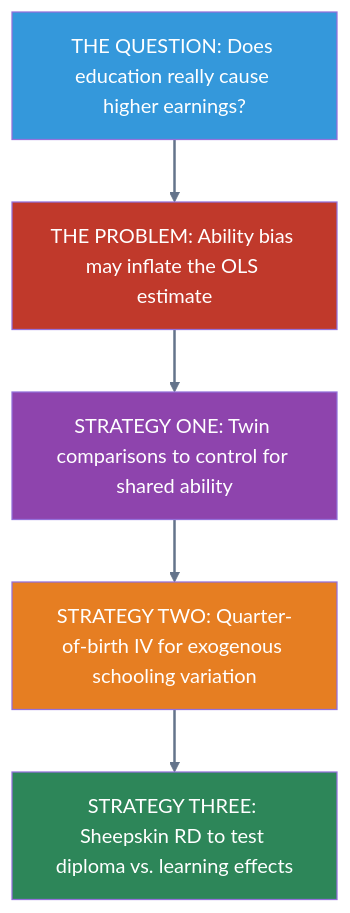
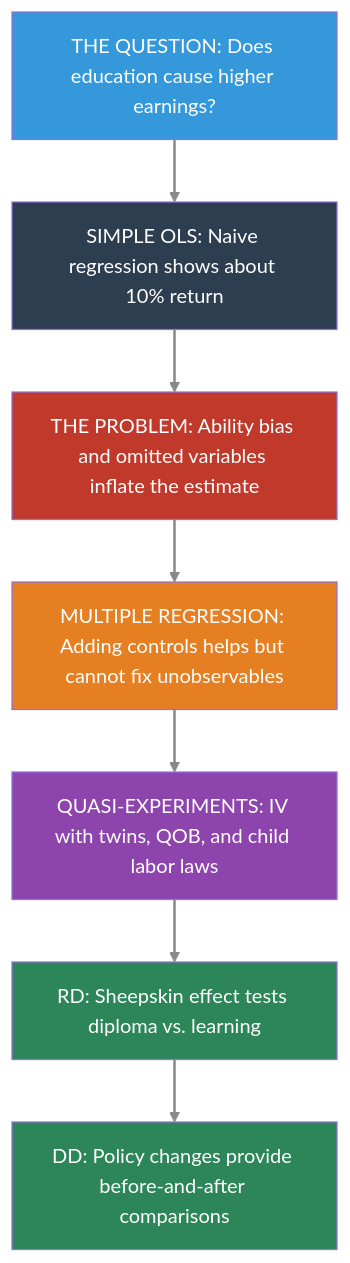
The first of 2 diagrams in book/notebooks_quarto/06-wages-of-schooling.qmd (cmg777/intro2causal), drawn with Mermaid before and after one commit. The commit also changed other lines of this file and 18 other files, not shown here.

First line of the commit message:
Expand Chapter 6 into comprehensive methods-ladder capstone

````diff
--- a/book/notebooks_quarto/06-wages-of-schooling.qmd
+++ b/book/notebooks_quarto/06-wages-of-schooling.qmd
@@ -28,20 +31,25 @@
 ```{mermaid}
 %%| label: fig-roadmap
-%%| fig-cap: "Roadmap for Chapter 6"
+%%| fig-cap: "Roadmap: The Methods Ladder for Chapter 6"
 
 graph TD
-    A["THE QUESTION: Does education really cause higher earnings?"]
-    B["THE PROBLEM: Ability bias may inflate the OLS estimate"]
-    C["STRATEGY ONE: Twin comparisons to control for shared ability"]
-    D["STRATEGY TWO: Quarter-of-birth IV for exogenous schooling variation"]
-    E["STRATEGY THREE: Sheepskin RD to test diploma vs. learning effects"]
+    A["THE QUESTION: Does education cause higher earnings?"]
+    B["SIMPLE OLS: Naive regression shows about 10% return"]
+    C["THE PROBLEM: Ability bias and omitted variables inflate the estimate"]
+    D["MULTIPLE REGRESSION: Adding controls helps but cannot fix unobservables"]
+    E["QUASI-EXPERIMENTS: IV with twins, QOB, and child labor laws"]
+    F["RD: Sheepskin effect tests diploma vs. learning"]
+    G["DD: Policy changes provide before-and-after comparisons"]
 
-    A --> B --> C --> D --> E
+    A --> B --> C --> D --> E --> F --> G
 
     style A fill:#3498db,color:#fff
-    style B fill:#c0392b,color:#fff
-    style C fill:#8e44ad,color:#fff
+    style B fill:#2c3e50,color:#fff
+    style C fill:#c0392b,color:#fff
     style D fill:#e67e22,color:#fff
-    style E fill:#2d8659,color:#fff
-    linkStyle default stroke:#64748b,stroke-width:2px
+    style E fill:#8e44ad,color:#fff
+    style F fill:#2d8659,color:#fff
+    style G fill:#2d8659,color:#fff
+
+    linkStyle 0,1,2,3,4,5 stroke:#888,stroke-width:2px
 ```
````
